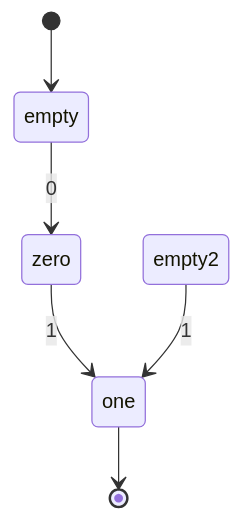
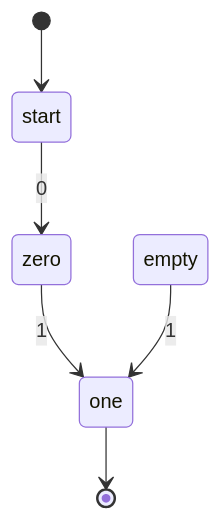
Diagram 23 of 39 in _posts/2019-09-21-regular-expressions.md (raganwald/raganwald.github.com), drawn with Mermaid before and after one commit. The commit also changed other lines of this file, not shown here.

```diff
--- a/_posts/2019-09-21-regular-expressions.md
+++ b/_posts/2019-09-21-regular-expressions.md
@@ -2382,8 +2307,8 @@
 <div class="mermaid">
   stateDiagram
-    [*]-->empty
-    empty-->zero : 0
+    [*]-->start
+    start-->zero : 0
     zero --> one : 1
-    empty2-->one : 1
+    empty-->one : 1
     one --> [*]
 </div>
```
